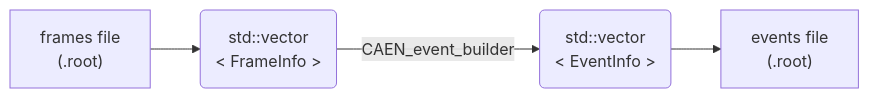
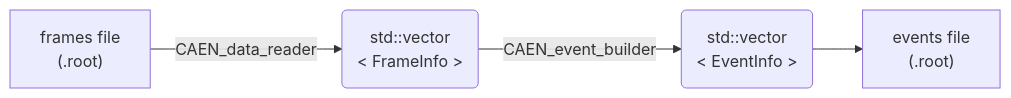
The second of 3 diagrams in README.md (RockPie/tb2023_MAY_SPS_data_analysis), drawn with Mermaid before and after one commit. The commit also changed other lines of this file and 5 other files, not shown here.

````diff
--- a/README.md
+++ b/README.md
@@ -25,6 +34,6 @@
 ```mermaid
 graph LR
-A["frames file \n (.root)"] --> B("std::vector \n < FrameInfo >")
+A["frames file \n (.root)"] --CAEN_data_reader--> B("std::vector \n < FrameInfo >")
 B --"CAEN_event_builder"--> D("std::vector \n < EventInfo >")
 D --> E["events file \n (.root)"]
 ```
````
